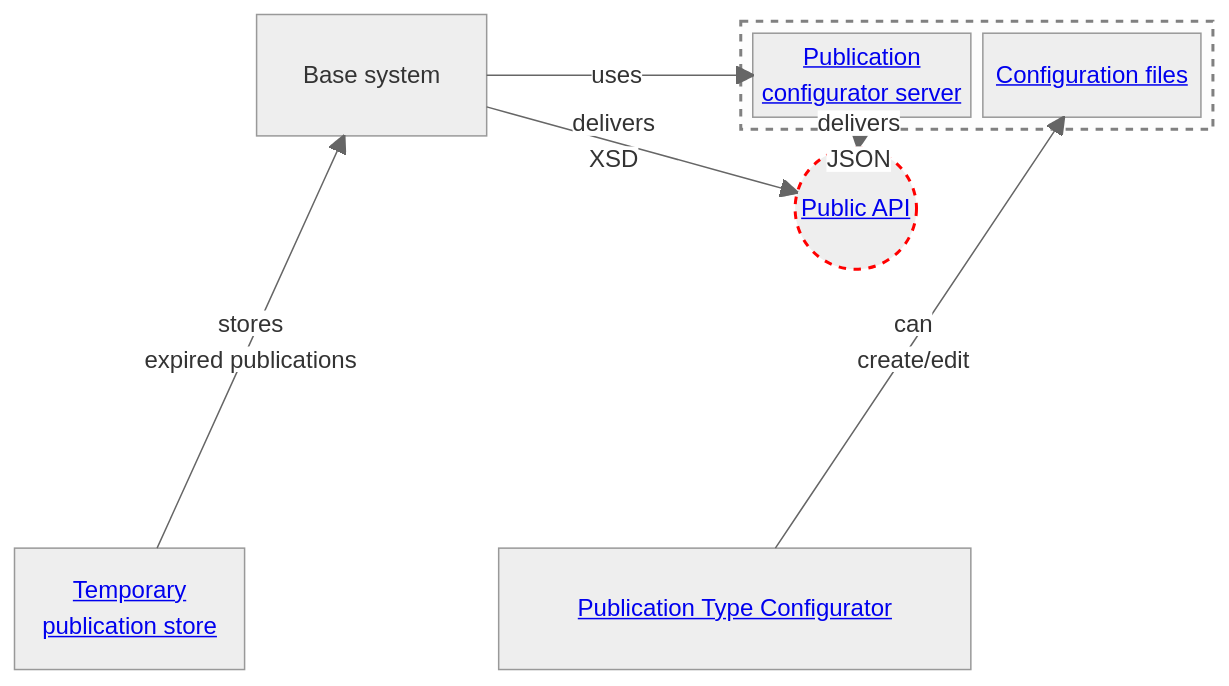
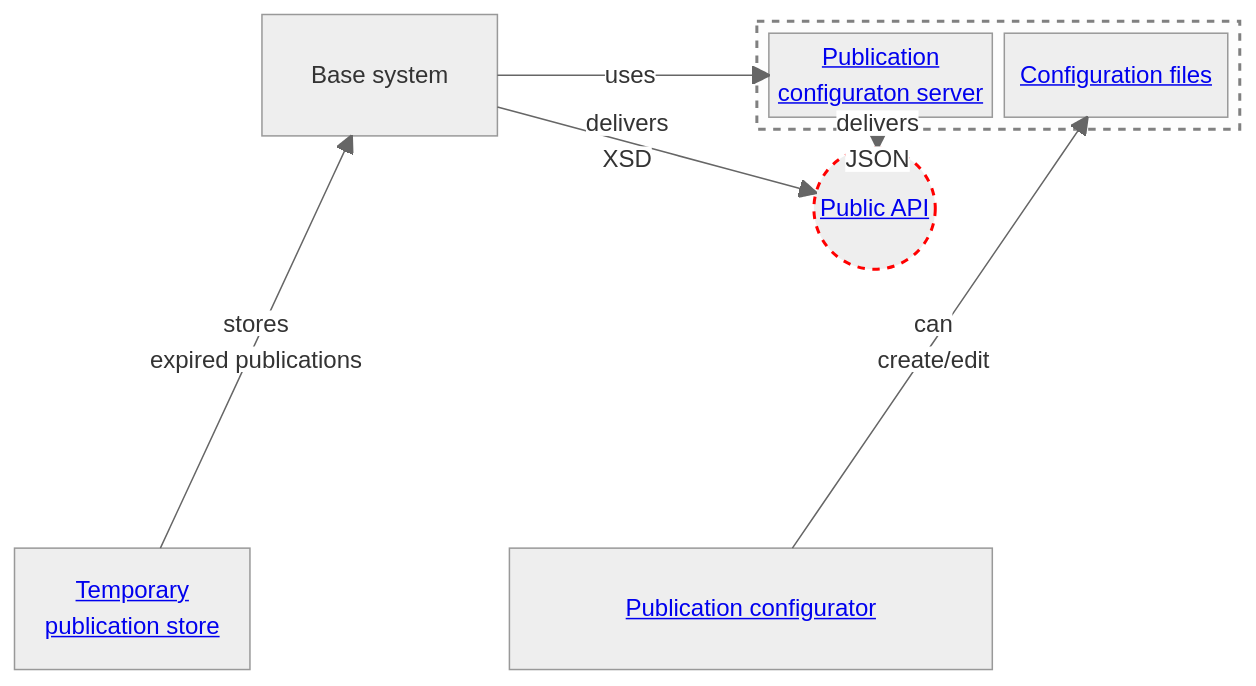
The diagram in README.md (officialgazette/big-picture), drawn with Mermaid before and after one commit. The commit also changed other lines of this file, not shown here.

````diff
--- a/README.md
+++ b/README.md
@@ -29,42 +29,42 @@
 ```mermaid
 
 %%{
   init: {
     'theme': 'neutral'
   }
 }%%
 
 block-beta
 columns 4
 
 space
   core["Base system"] space
 block:scope:2
 configServer["<a href='https://github.com/officialgazette/publication-configurator-server'>Publication
-configurator server</a>"]
+configuraton server</a>"]
 termsConfig["<a href='https://github.com/officialgazette/publication-standard'>Configuration files</a>"]
 end
 space:3
 api(("<a href='https://amtsblattportal.ch/docs/api'>Public API</a>"))
 space:8
 tempStore["<a href='https://github.com/officialgazette/temp-publication-store'>Temporary
 publication store</a>"]
 space
 
-Config["<a href='https://github.com/officialgazette/publication-configurator'>Publication Type Configurator</a>"]:2
+Config["<a href='https://github.com/officialgazette/publication-configurator'>Publication configurator</a>"]:2
 
 
 Config--"can
 create/edit"-->termsConfig
 core--"uses"-->configServer
 tempStore--"stores
 expired publications"-->core
 core--"delivers
 XSD"-->api
 configServer--"delivers
 JSON"-->api
 
 
 style scope stroke:grey,stroke-width:2px,color:#fff,stroke-dasharray: 5 5
 style api stroke:red,stroke-width:2px,color:grey,stroke-dasharray: 5 5
 ```
````
